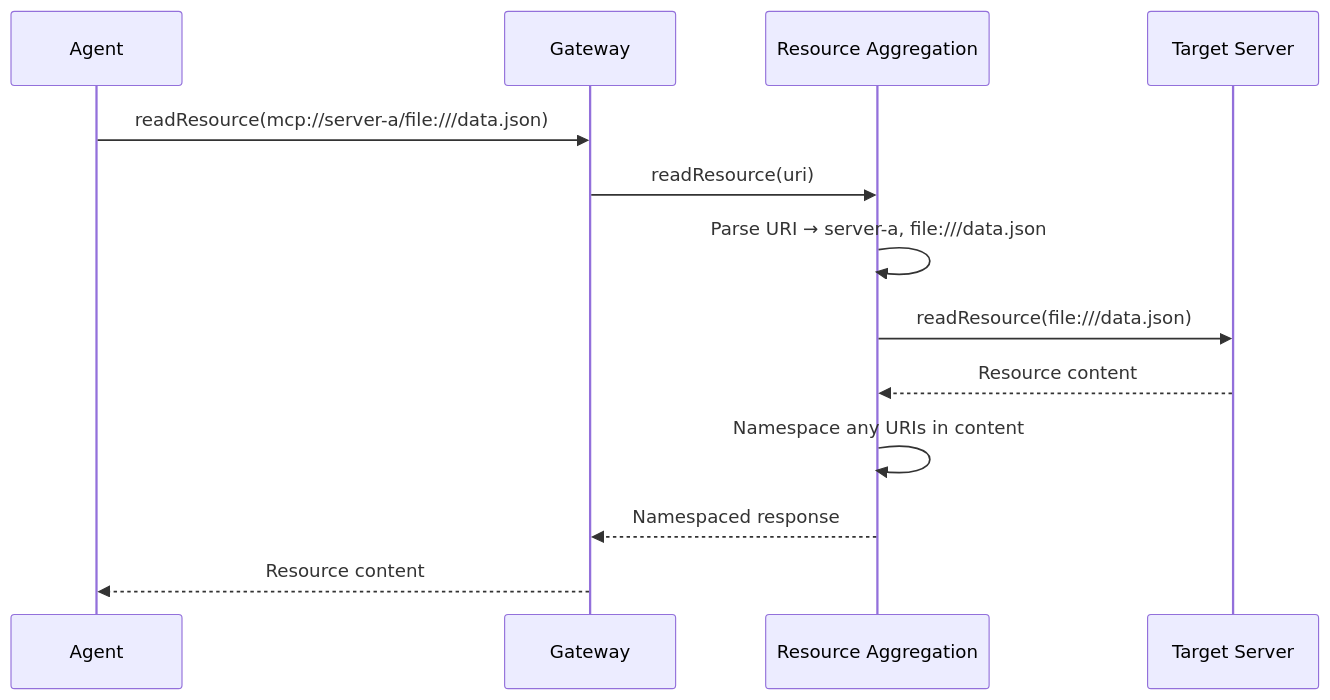
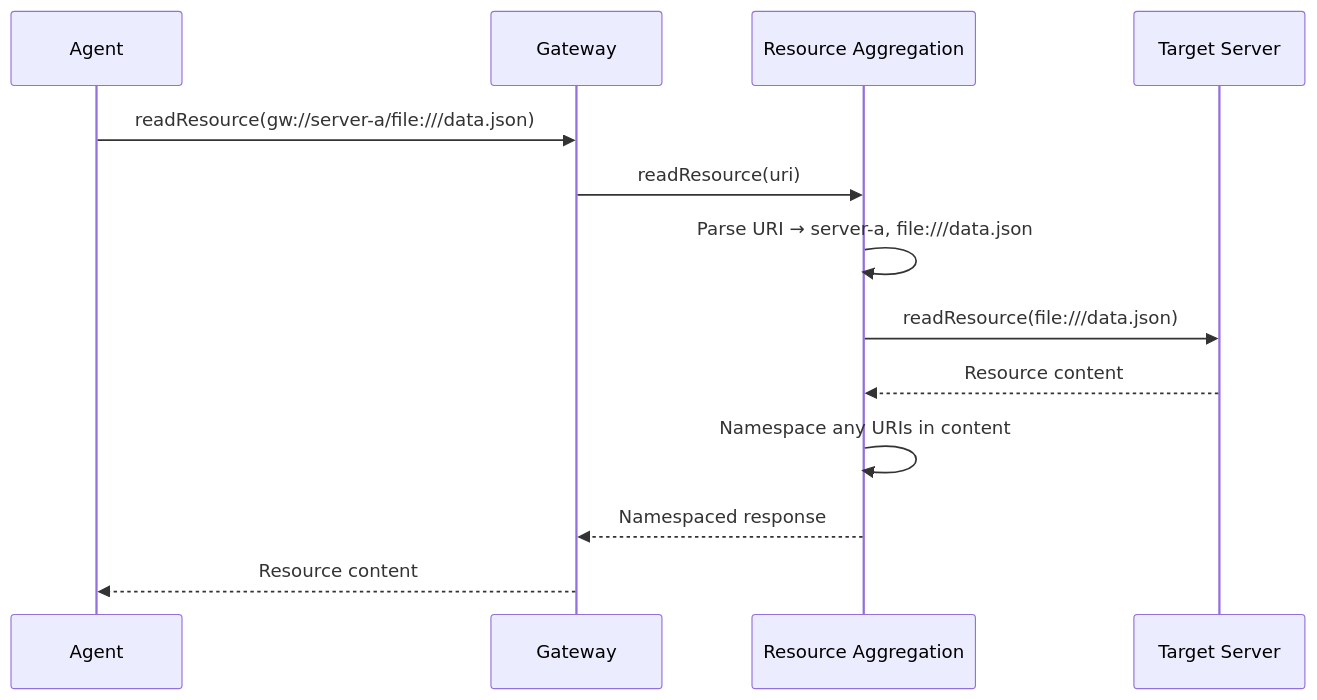
Before and after one commit to karashiiro/my-cool-proxy: the fifth of 6 diagrams in docs/design/resource-namespacing.md, drawn with Mermaid. The commit also changed other lines of this file and 22 other files, not shown here.

````diff
--- a/docs/design/resource-namespacing.md
+++ b/docs/design/resource-namespacing.md
@@ -139,16 +139,16 @@
 ```mermaid
 sequenceDiagram
     participant Agent
     participant Gateway
     participant Service as Resource Aggregation
     participant Client as Target Server
 
-    Agent->>Gateway: readResource(mcp://server-a/file:///data.json)
+    Agent->>Gateway: readResource(gw://server-a/file:///data.json)
     Gateway->>Service: readResource(uri)
     Service->>Service: Parse URI → server-a, file:///data.json
     Service->>Client: readResource(file:///data.json)
     Client-->>Service: Resource content
     Service->>Service: Namespace any URIs in content
     Service-->>Gateway: Namespaced response
     Gateway-->>Agent: Resource content
 ```
````
